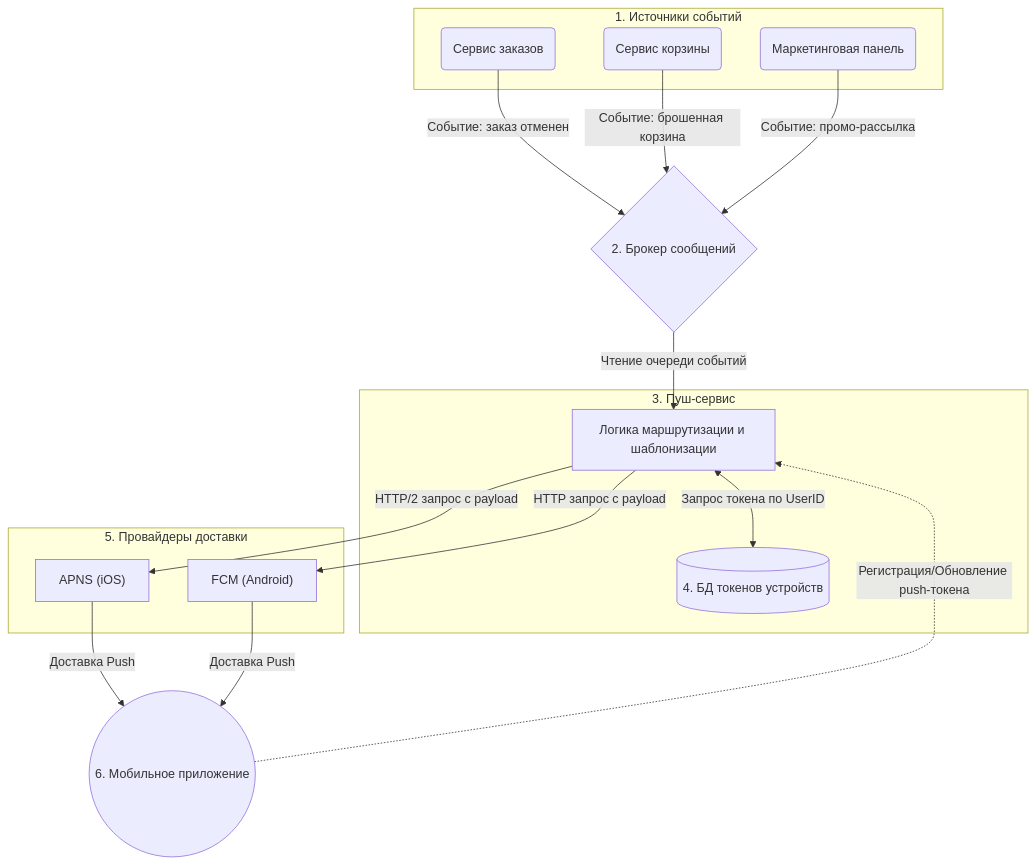
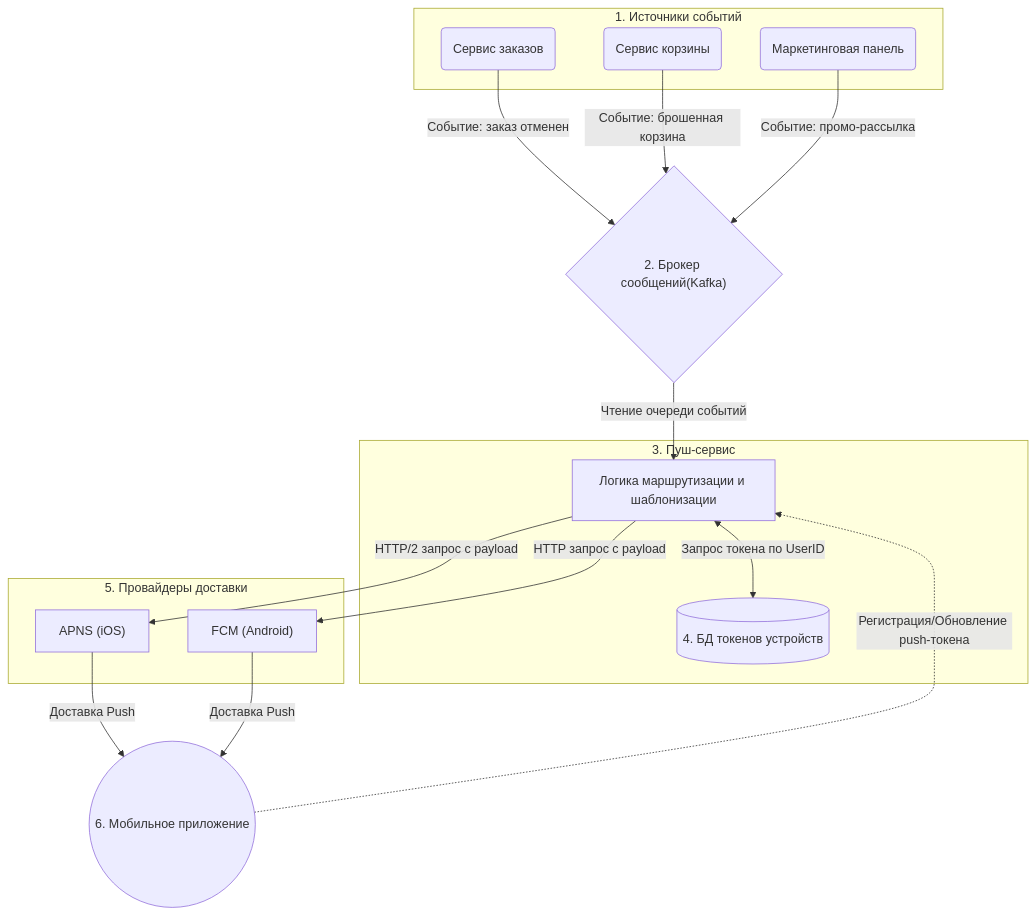
Before and after one commit to blondiiie/task-SA: the diagram in README.md, drawn with Mermaid. The commit also changed other lines of this file, not shown here.

````diff
--- a/README.md
+++ b/README.md
@@ -99,28 +99,28 @@
 ```mermaid
 graph TD
     subgraph Event_Sources [1. Источники событий]
         OrderService(Сервис заказов)
         CartService(Сервис корзины)
         PromoPanel(Маркетинговая панель)
     end 
-    Broker{"2. Брокер сообщений"}
+    Broker{"2. Брокер сообщений(Kafka)"}
     subgraph Notifications ["3. Пуш-сервис"]
         PushApp[Логика маршрутизации и шаблонизации]
         TokenDB[("4. БД токенов устройств")]
     end
     subgraph Providers [5. Провайдеры доставки]
         APNS["APNS (iOS)"]
         FCM["FCM (Android)"]
     end
     MobileApp(("6. Мобильное приложение"))
     OrderService -- "Событие: заказ отменен" --> Broker
     CartService -- "Событие: брошенная корзина" --> Broker
     PromoPanel -- "Событие: промо-рассылка" --> Broker
     Broker -- "Чтение очереди событий" --> PushApp
     MobileApp -. "Регистрация/Обновление push-токена" .-> PushApp
     PushApp <-->|Запрос токена по UserID| TokenDB
     PushApp -- "HTTP/2 запрос с payload" --> APNS
     PushApp -- "HTTP запрос с payload" --> FCM
     APNS -- "Доставка Push" --> MobileApp
     FCM -- "Доставка Push" --> MobileApp
 ```
````
